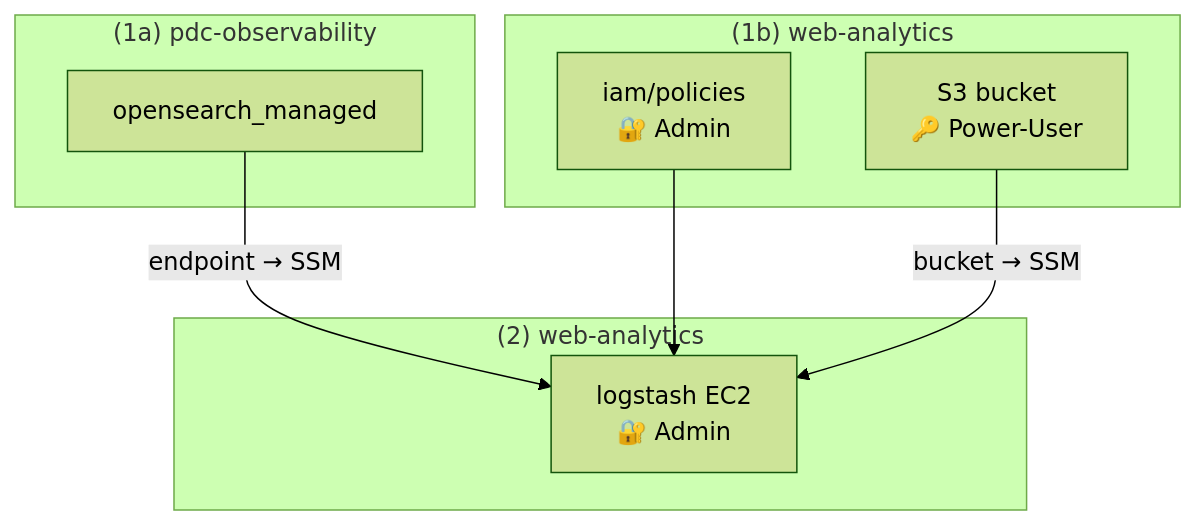
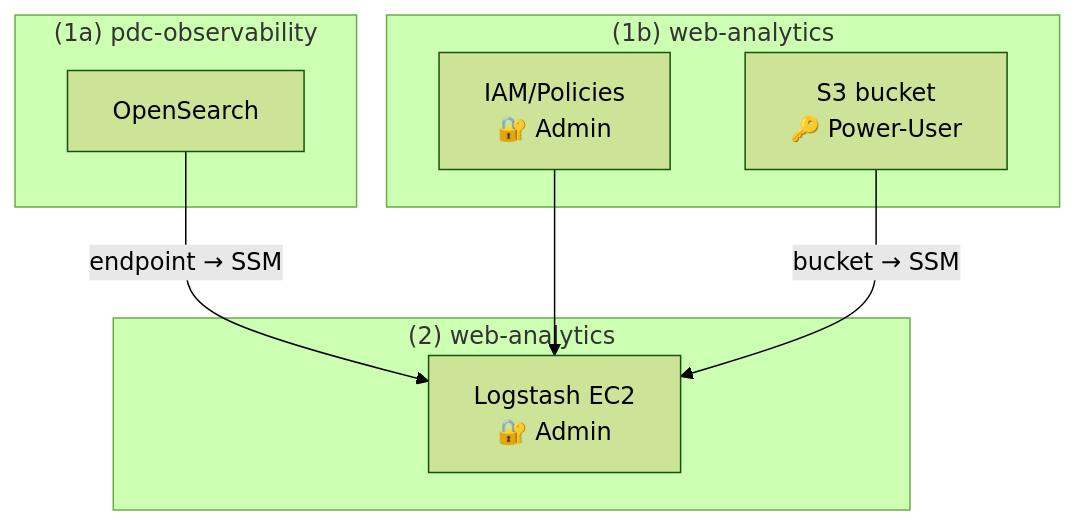
One commit to NASA-PDS/web-analytics changed the diagram in terraform/README.md. Above: the diagram before and after it, drawn with Mermaid (forest theme). The commit also changed other lines of this file and 8 other files, not shown here.

````diff
--- a/terraform/README.md
+++ b/terraform/README.md
@@ -22,19 +22,19 @@
 ```mermaid
 flowchart TD
     subgraph ext["(1a) pdc-observability"]
-        OS["opensearch_managed"]
+        OS["OpenSearch"]
     end
 
     subgraph phase1["(1b) web-analytics"]
-        IAM["iam/policies\n🔐 Admin"]
+        IAM["IAM/Policies\n🔐 Admin"]
         S3["S3 bucket\n🔑 Power-User"]
     end
 
     subgraph phase2["(2) web-analytics"]
-        LS["logstash EC2\n🔐 Admin"]
+        LS["Logstash EC2\n🔐 Admin"]
     end
 
     OS -->|"endpoint → SSM"| LS
     IAM --> LS
     S3 -->|"bucket → SSM"| LS
 ```
````
